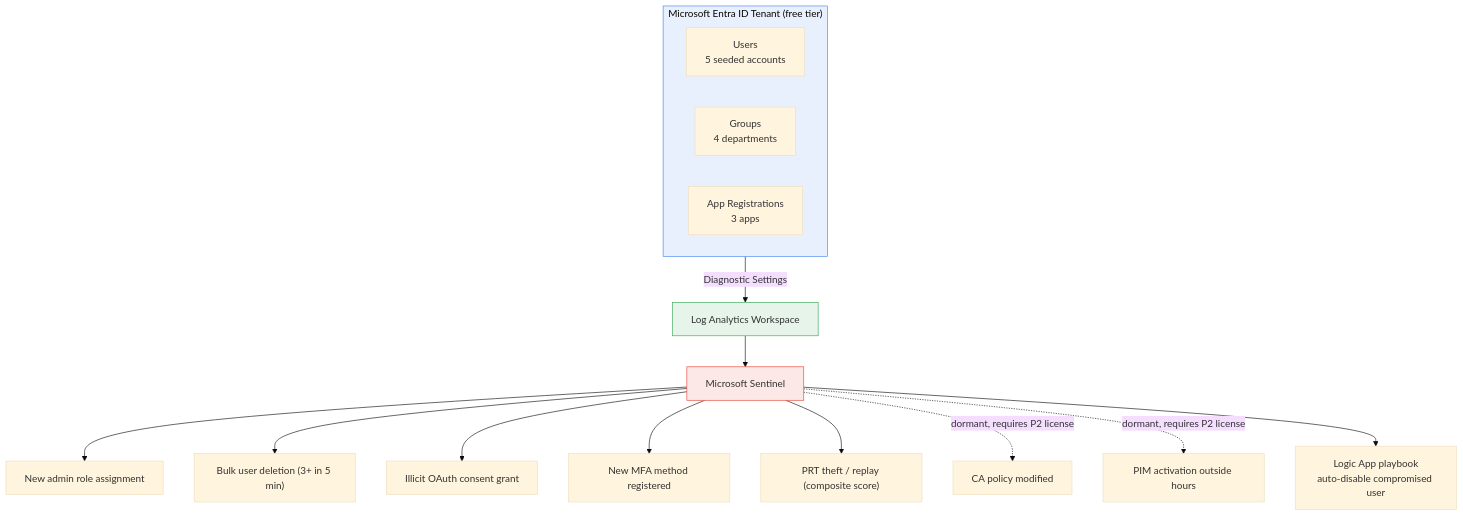
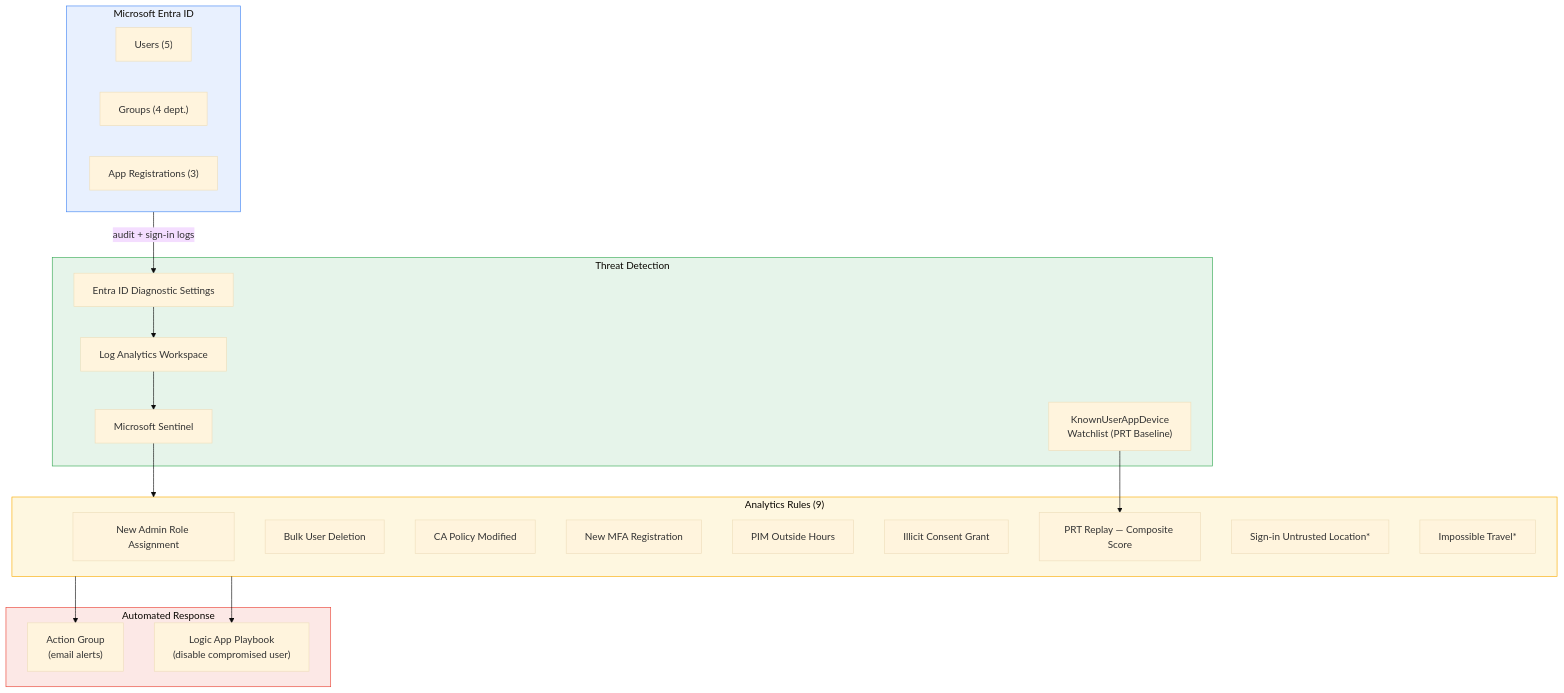
One commit to levismwangi/iam_project changed the first of 3 diagrams in README.md. Above: the diagram before and after it, drawn with Mermaid (base theme). The commit also changed other lines of this file, not shown here.

````diff
--- a/README.md
+++ b/README.md
@@ -13,25 +24,45 @@
 ```mermaid
 flowchart TB
-    subgraph Tenant["Microsoft Entra ID Tenant (free tier)"]
-        Users["Users\n5 seeded accounts"]
-        Groups["Groups\n4 departments"]
-        Apps["App Registrations\n3 apps"]
+    subgraph Entra["Microsoft Entra ID"]
+        Users["Users (5)"]
+        Groups["Groups (4 dept.)"]
+        Apps["App Registrations (3)"]
     end
 
-    Tenant -->|Diagnostic Settings| LA["Log Analytics Workspace"]
-    LA --> Sentinel["Microsoft Sentinel"]
+    subgraph Detection["Threat Detection"]
+        DS["Entra ID Diagnostic Settings"]
+        LAW["Log Analytics Workspace"]
+        Sentinel["Microsoft Sentinel"]
+        Watchlist["KnownUserAppDevice\nWatchlist (PRT Baseline)"]
+    end
 
-    Sentinel --> Alert1["New admin role assignment"]
-    Sentinel --> Alert2["Bulk user deletion (3+ in 5 min)"]
-    Sentinel --> Alert3["Illicit OAuth consent grant"]
-    Sentinel --> Alert4["New MFA method registered"]
-    Sentinel --> Alert5["PRT theft / replay (composite score)"]
-    Sentinel -.->|dormant, requires P2 license| Alert6["CA policy modified"]
-    Sentinel -.->|dormant, requires P2 license| Alert7["PIM activation outside hours"]
+    subgraph Rules["Analytics Rules (9)"]
+        R1["New Admin Role Assignment"]
+        R2["Bulk User Deletion"]
+        R3["CA Policy Modified"]
+        R4["New MFA Registration"]
+        R5["PIM Outside Hours"]
+        R6["Illicit Consent Grant"]
+        R7["PRT Replay — Composite Score"]
+        R8["Sign-in Untrusted Location*"]
+        R9["Impossible Travel*"]
+    end
 
-    Sentinel --> Playbook["Logic App playbook\nauto-disable compromised user"]
+    subgraph Response["Automated Response"]
+        AG["Action Group\n(email alerts)"]
+        LA["Logic App Playbook\n(disable compromised user)"]
+    end
 
-    style Tenant fill:#e8f0fe,stroke:#4285f4
-    style LA fill:#e6f4ea,stroke:#34a853
-    style Sentinel fill:#fce8e6,stroke:#ea4335
+    Entra -->|audit + sign-in logs| DS
+    DS --> LAW
+    LAW --> Sentinel
+    Watchlist --> R7
+    Sentinel --> Rules
+    Rules --> AG
+    Rules --> LA
+
+    style Entra fill:#e8f0fe,stroke:#4285f4
+    style Detection fill:#e6f4ea,stroke:#34a853
+    style Rules fill:#fef7e0,stroke:#f9ab00
+    style Response fill:#fce8e6,stroke:#ea4335
 ```
````
